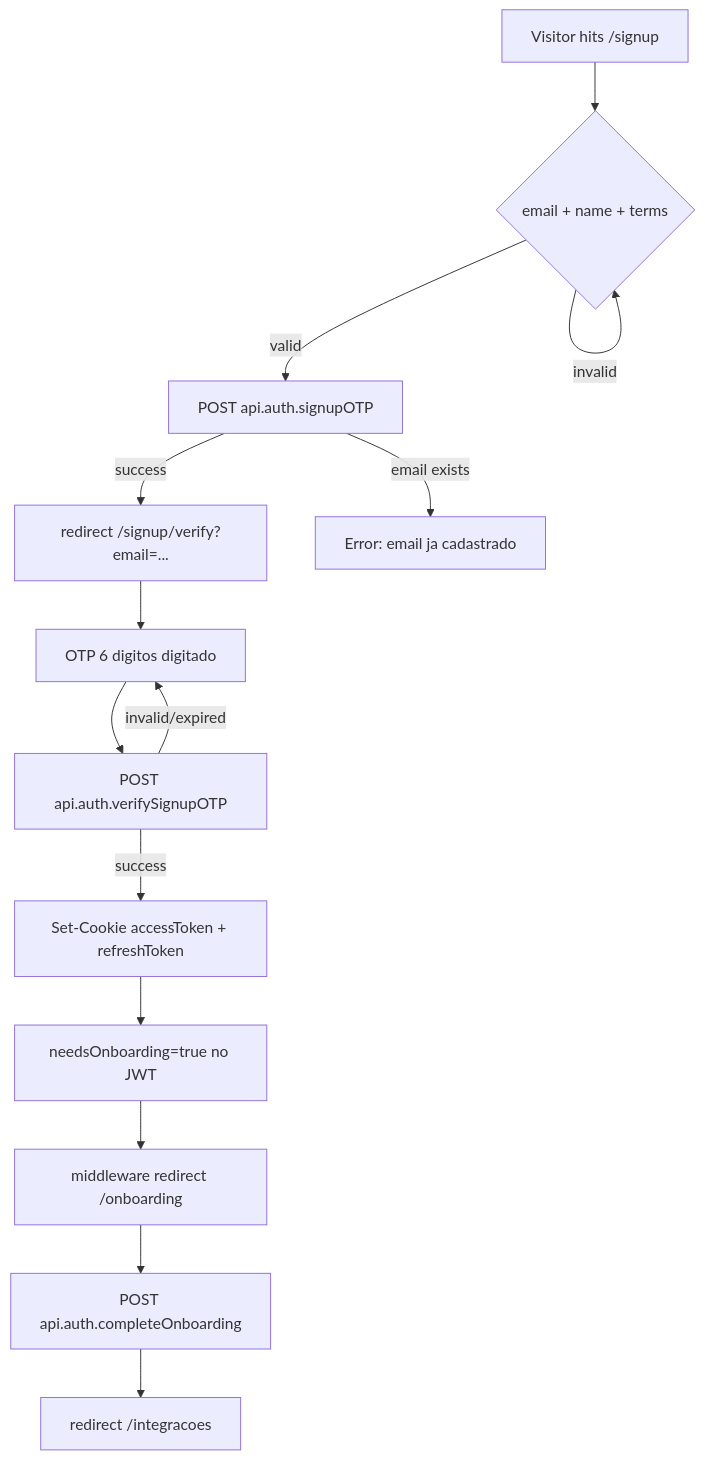
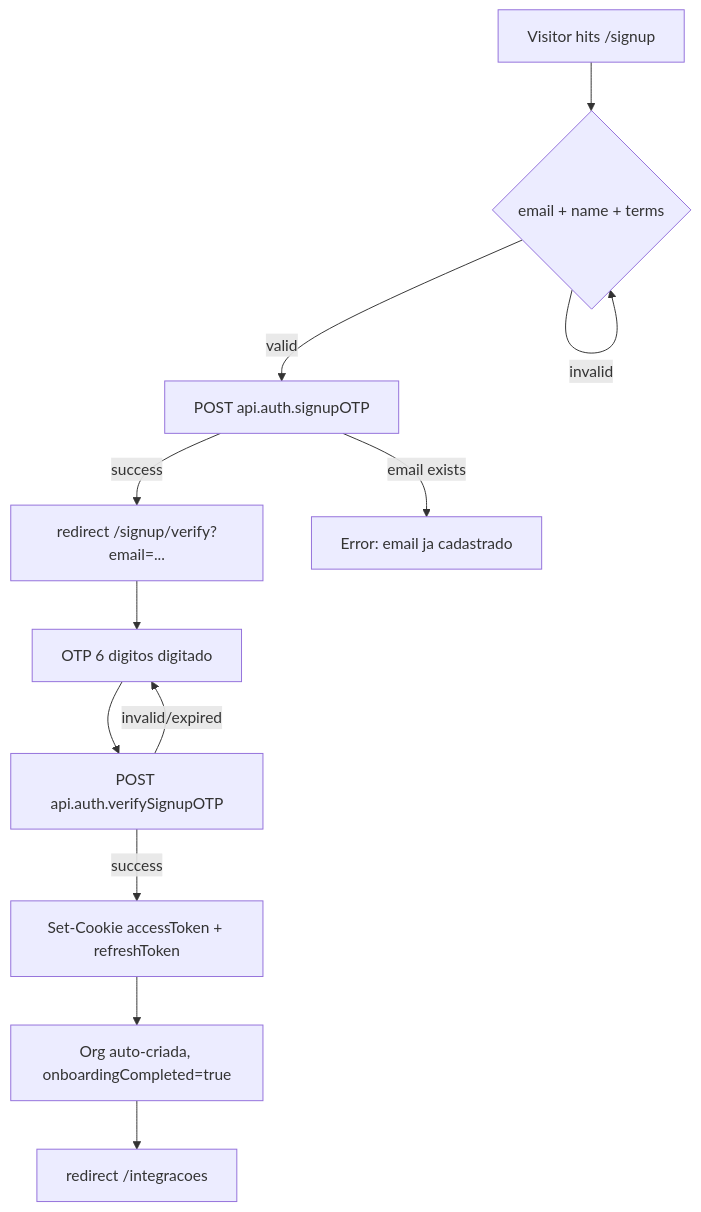
One commit to quayer/app-quayer changed the first of 3 diagrams in docs/auth/USER_JOURNEY.md. Above: the diagram before and after it, drawn with Mermaid. The commit also changed other lines of this file and 28 other files, not shown here.

````diff
--- a/docs/auth/USER_JOURNEY.md
+++ b/docs/auth/USER_JOURNEY.md
@@ -7,16 +7,14 @@
 ```mermaid
 flowchart TD
   A[Visitor hits /signup] --> B{email + name + terms}
   B -->|invalid| B
   B -->|valid| C[POST api.auth.signupOTP]
   C -->|success| D[redirect /signup/verify?email=...]
   C -->|email exists| Berr[Error: email ja cadastrado]
   D --> E[OTP 6 digitos digitado]
   E --> F[POST api.auth.verifySignupOTP]
   F -->|invalid/expired| E
   F -->|success| G[Set-Cookie accessToken + refreshToken]
-  G --> H[needsOnboarding=true no JWT]
-  H --> I[middleware redirect /onboarding]
-  I --> J[POST api.auth.completeOnboarding]
-  J --> K[redirect /integracoes]
+  G --> H[Org auto-criada, onboardingCompleted=true]
+  H --> K[redirect /integracoes]
 ```
````
